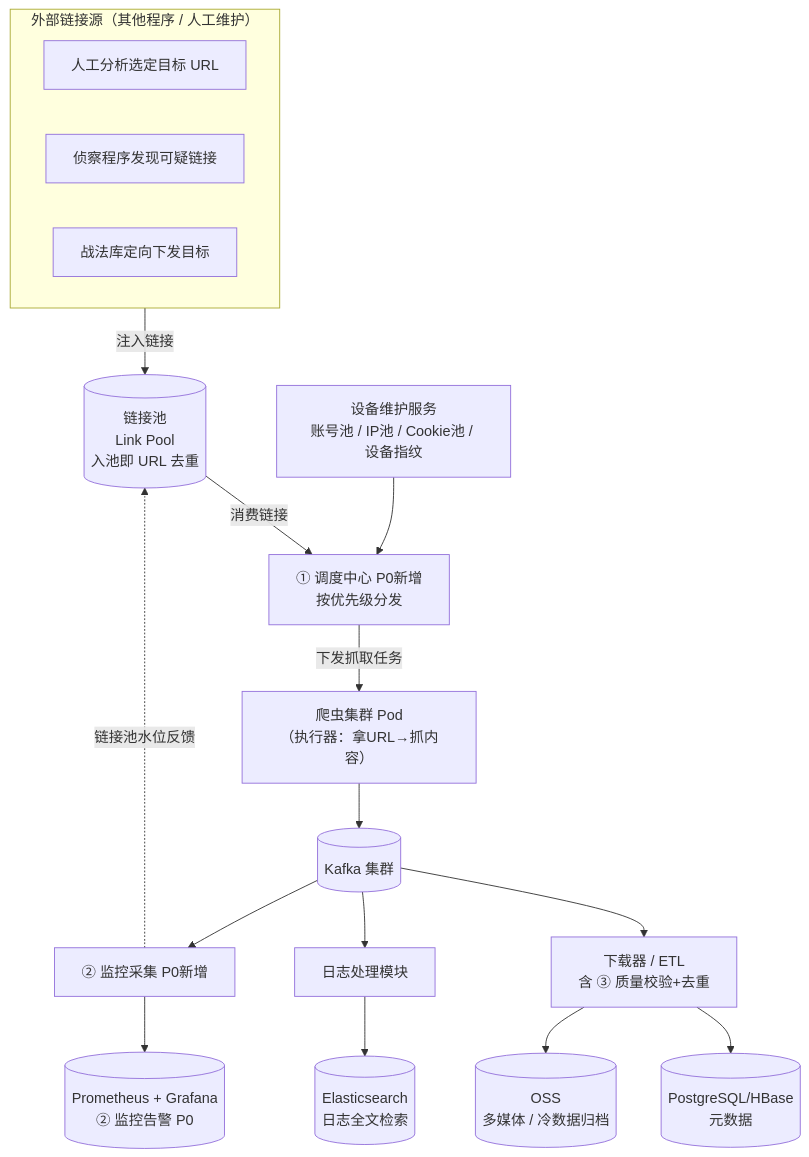
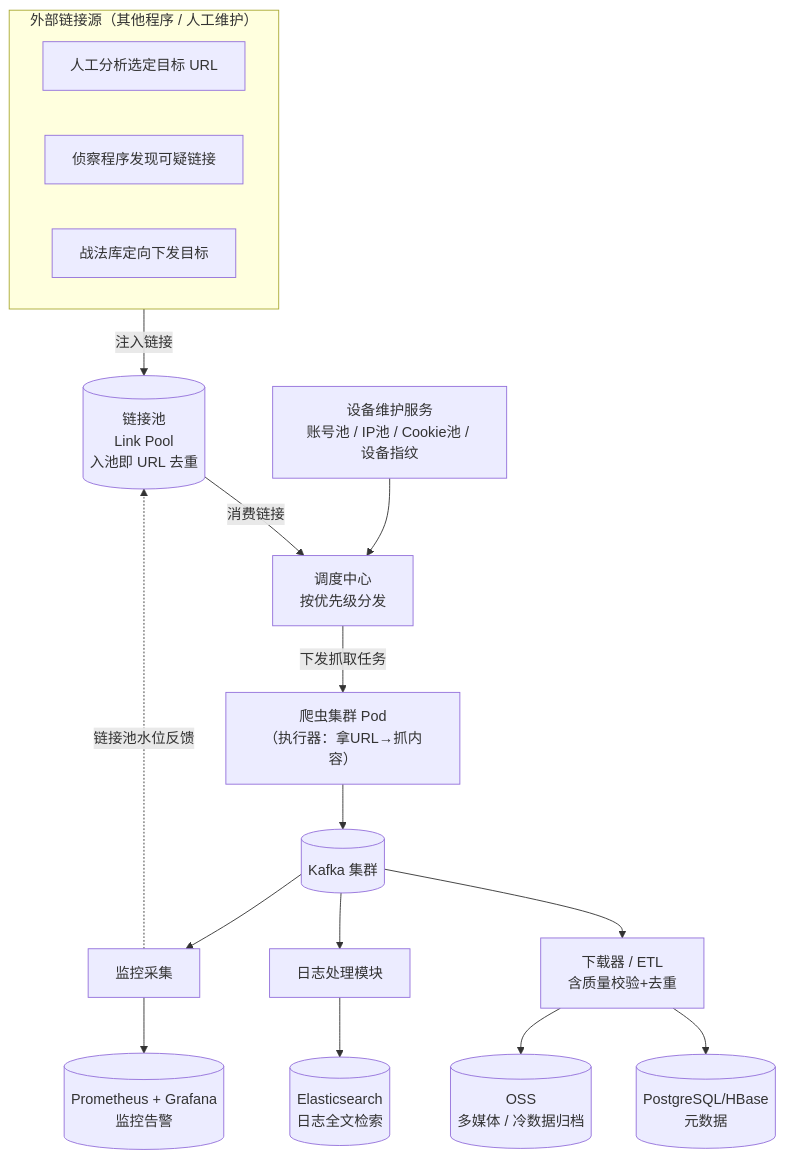
The first of 6 diagrams in 公司项目/认知作战/软件概要设计简述.md (Sj-g/obsidian), drawn with Mermaid before and after one commit. The commit also changed other lines of this file, not shown here.

````diff
--- a/公司项目/认知作战/软件概要设计简述.md
+++ b/公司项目/认知作战/软件概要设计简述.md
@@ -20,21 +17,21 @@
 ```mermaid
 flowchart TB
     subgraph EXT["外部链接源（其他程序 / 人工维护）"]
         L1["人工分析选定目标 URL"]
         L2["侦察程序发现可疑链接"]
         L3["战法库定向下发目标"]
     end
     EXT -->|"注入链接"| LP[("链接池<br/>Link Pool<br/>入池即 URL 去重")]
-    LP -->|"消费链接"| B["① 调度中心 P0新增<br/>按优先级分发"]
+    LP -->|"消费链接"| B["调度中心<br/>按优先级分发"]
     A["设备维护服务<br/>账号池 / IP池 / Cookie池 / 设备指纹"] --> B
     B -->|"下发抓取任务"| C["爬虫集群 Pod<br/>（执行器：拿URL→抓内容）"]
     C --> K[("Kafka 集群")]
-    K --> D["下载器 / ETL<br/>含 ③ 质量校验+去重"]
+    K --> D["下载器 / ETL<br/>含质量校验+去重"]
     K --> E["日志处理模块"]
-    K --> F["② 监控采集 P0新增"]
+    K --> F["监控采集"]
     D --> P[("PostgreSQL/HBase<br/>元数据")]
     D --> O[("OSS<br/>多媒体 / 冷数据归档")]
     E --> ES[("Elasticsearch<br/>日志全文检索")]
-    F --> M[("Prometheus + Grafana<br/>② 监控告警 P0")]
+    F --> M[("Prometheus + Grafana<br/>监控告警")]
     F -.->|"链接池水位反馈"| LP
 ```
````
